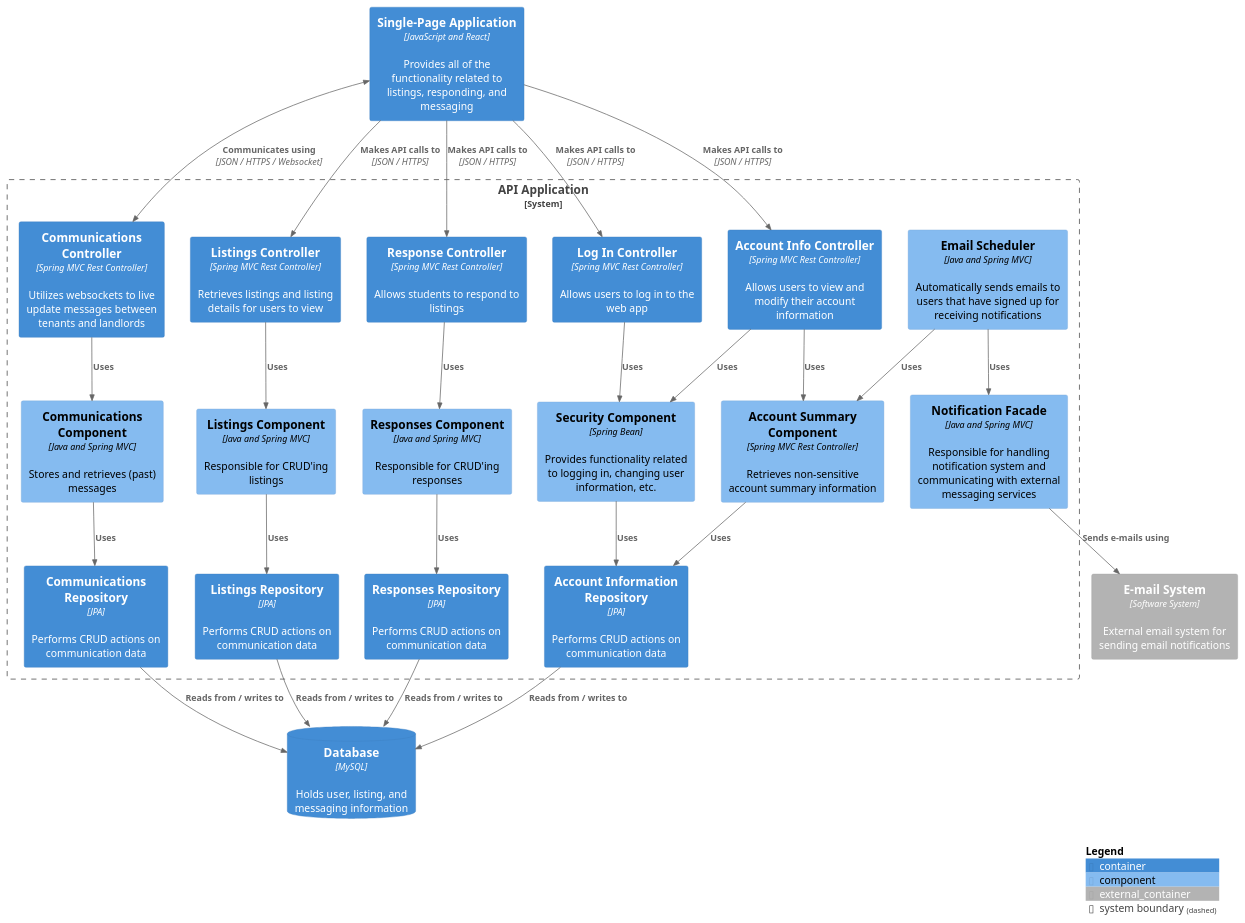
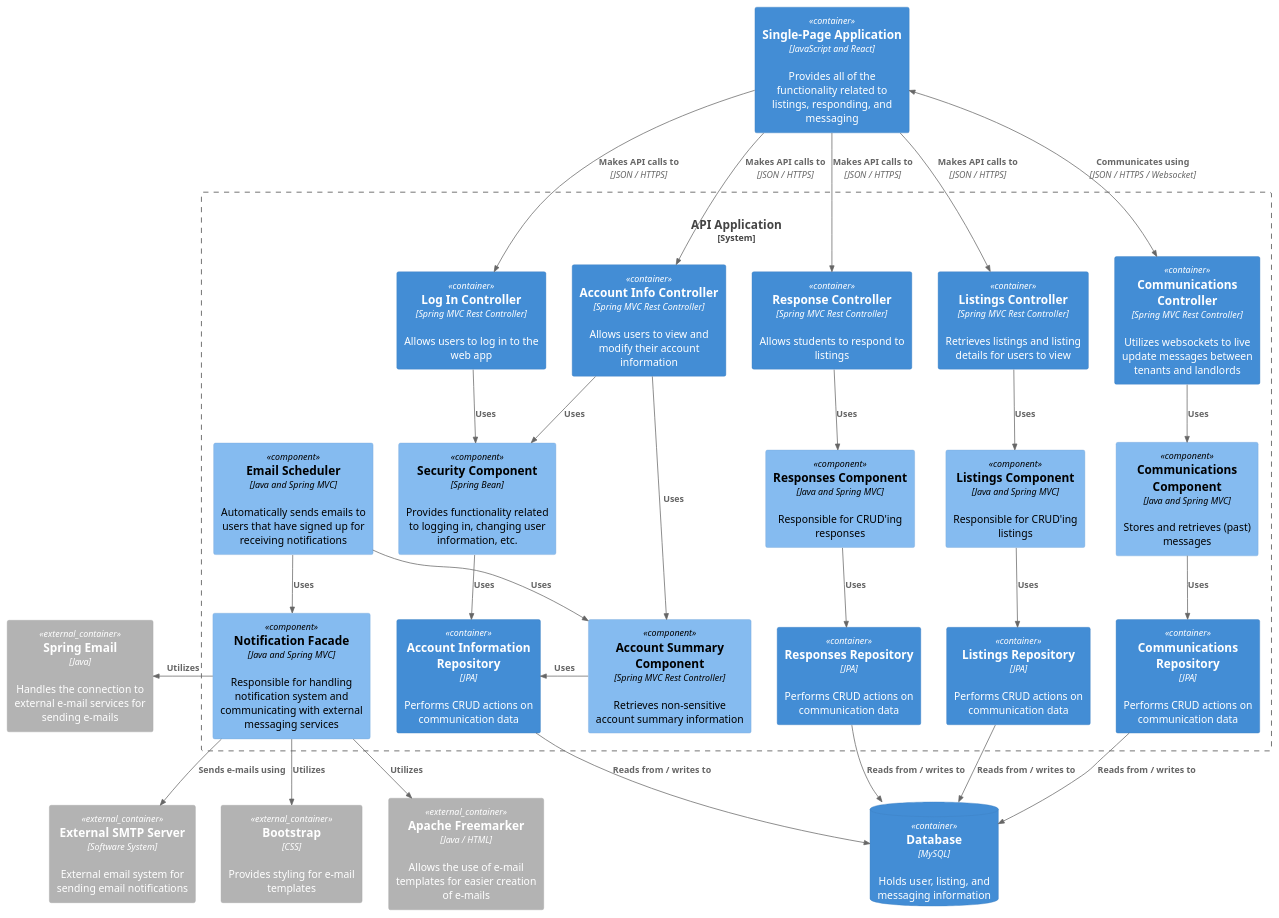
One commit to lex-kort/s3-roomies-backend changed the diagram in docs/uml-diagrams/c3-diagram.puml. Above: the diagram before and after it, drawn with PlantUML.

Commit message:
Update C3 diagram

```diff
--- a/docs/uml-diagrams/c3-diagram.puml
+++ b/docs/uml-diagrams/c3-diagram.puml
@@ -1,59 +1,66 @@
 @startuml "C3 Diagram"
 !include https://raw.githubusercontent.com/plantuml-stdlib/C4-PlantUML/master/C4_Container.puml
 !include https://raw.githubusercontent.com/plantuml-stdlib/C4-PlantUML/master/C4_Component.puml
 
+' LAYOUT_LANDSCAPE()
+
 Container(sp_app, "Single-Page Application", "JavaScript and React", "Provides all of the functionality related to listings, responding, and messaging")
 
-System_Boundary(c3, "API Application", "Container"){
+System_Boundary(c3, "API Application", "Container"){    
+    Container(ctrl_accinfo, "Account Info Controller", "Spring MVC Rest Controller", "Allows users to view and modify their account information")
+    Container(ctrl_login, "Log In Controller", "Spring MVC Rest Controller", "Allows users to log in to the web app")
+    Container(ctrl_respond, "Response Controller", "Spring MVC Rest Controller", "Allows students to respond to listings")
+    Container(ctrl_listings, "Listings Controller", "Spring MVC Rest Controller", "Retrieves listings and listing details for users to view")
     Container(ctrl_comms, "Communications Controller", "Spring MVC Rest Controller", "Utilizes websockets to live update messages between tenants and landlords")
-    Container(ctrl_listings, "Listings Controller", "Spring MVC Rest Controller", "Retrieves listings and listing details for users to view")
-    Container(ctrl_respond, "Response Controller", "Spring MVC Rest Controller", "Allows students to respond to listings")
-    Container(ctrl_login, "Log In Controller", "Spring MVC Rest Controller", "Allows users to log in to the web app")
-    Container(ctrl_accinfo, "Account Info Controller", "Spring MVC Rest Controller", "Allows users to view and modify their account information")
     
+    Component(comp_emailsched, "Email Scheduler", "Java and Spring MVC", "Automatically sends emails to users that have signed up for receiving notifications")
+    Component(comp_accsummary, "Account Summary Component", "Spring MVC Rest Controller", "Retrieves non-sensitive account summary information")
+    Component(comp_security, "Security Component", "Spring Bean", "Provides functionality related to logging in, changing user information, etc.")
+    Component(comp_responses, "Responses Component", "Java and Spring MVC", "Responsible for CRUD'ing responses")
+    Component(comp_listings, "Listings Component", "Java and Spring MVC", "Responsible for CRUD'ing listings")
     Component(comp_comms, "Communications Component", "Java and Spring MVC", "Stores and retrieves (past) messages")
-    Component(comp_listings, "Listings Component", "Java and Spring MVC", "Responsible for CRUD'ing listings")
-    Component(comp_responses, "Responses Component", "Java and Spring MVC", "Responsible for CRUD'ing responses")
-    Component(comp_security, "Security Component", "Spring Bean", "Provides functionality related to logging in, changing user information, etc.")
-    Component(comp_accsummary, "Account Summary Component", "Spring MVC Rest Controller", "Retrieves non-sensitive account summary information")
     Component(comp_notiffacade, "Notification Facade", "Java and Spring MVC", "Responsible for handling notification system and communicating with external messaging services")
-    Component(comp_emailsched, "Email Scheduler", "Java and Spring MVC", "Automatically sends emails to users that have signed up for receiving notifications")
 
     Container(rep_comms, "Communications Repository", "JPA", "Performs CRUD actions on communication data")
     Container(rep_listings, "Listings Repository", "JPA", "Performs CRUD actions on communication data")
     Container(rep_responses, "Responses Repository", "JPA", "Performs CRUD actions on communication data")
     Container(rep_accinfo, "Account Information Repository", "JPA", "Performs CRUD actions on communication data")
 }
 
-ContainerDb(db, "Database", "MySQL", "Holds user, listing, and messaging information")
-Container_Ext(mail_serv, "E-mail System", "Software System", "External email system for sending email notifications")
-
-BiRel(sp_app, ctrl_comms, "Communicates using", "JSON / HTTPS / Websocket")
 Rel(sp_app, ctrl_login, "Makes API calls to", "JSON / HTTPS")
 Rel(sp_app, ctrl_listings, "Makes API calls to", "JSON / HTTPS")
 Rel(sp_app, ctrl_accinfo, "Makes API calls to", "JSON / HTTPS")
 Rel(sp_app, ctrl_respond, "Makes API calls to", "JSON / HTTPS")
+BiRel(sp_app, ctrl_comms, "Communicates using", "JSON / HTTPS / Websocket")
 
-Rel(ctrl_comms, comp_comms, "Uses")
 Rel(ctrl_login, comp_security, "Uses")
 Rel(ctrl_accinfo, comp_security, "Uses")
 Rel(ctrl_accinfo, comp_accsummary, "Uses")
 Rel(comp_emailsched, comp_accsummary, "Uses")
 Rel(comp_emailsched, comp_notiffacade, "Uses")
 Rel(ctrl_listings, comp_listings, "Uses")
 Rel(ctrl_respond, comp_responses, "Uses")
+Rel(ctrl_comms, comp_comms, "Uses")
 
-Rel(comp_comms, rep_comms, "Uses")
 Rel(comp_listings, rep_listings, "Uses")
 Rel(comp_responses, rep_responses, "Uses")
-Rel(comp_accsummary, rep_accinfo, "Uses")
+Rel_L(comp_accsummary, rep_accinfo, "Uses")
 Rel(comp_security, rep_accinfo, "Uses")
+Rel(comp_comms, rep_comms, "Uses")
 
-Rel_D(rep_comms, db, "Reads from / writes to")
-Rel_D(comp_notiffacade, mail_serv, "Sends e-mails using")
-Rel_D(rep_accinfo, db, "Reads from / writes to")
-Rel_D(rep_listings, db, "Reads from / writes to")
-Rel_D(rep_responses, db, "Reads from / writes to")
+ContainerDb(db, "Database", "MySQL", "Holds user, listing, and messaging information")
+Container_Ext(mail_serv, "External SMTP Server", "Software System", "External email system for sending email notifications")
+Container_Ext(lib_email, "Spring Email", "Java", "Handles the connection to external e-mail services for sending e-mails")
+Container_Ext(lib_freemarker, "Apache Freemarker", "Java / HTML", "Allows the use of e-mail templates for easier creation of e-mails")
+Container_Ext(lib_bootstrap, "Bootstrap", "CSS", "Provides styling for e-mail templates")
 
-SHOW_LEGEND()
+Rel(comp_notiffacade, mail_serv, "Sends e-mails using")
+Rel(rep_accinfo, db, "Reads from / writes to")
+Rel(rep_listings, db, "Reads from / writes to")
+Rel(rep_responses, db, "Reads from / writes to")
+Rel(rep_comms, db, "Reads from / writes to")
+
+Rel_L(comp_notiffacade, lib_email, "Utilizes")
+Rel(comp_notiffacade, lib_freemarker, "Utilizes")
+Rel(comp_notiffacade, lib_bootstrap, "Utilizes")
 @enduml
```
